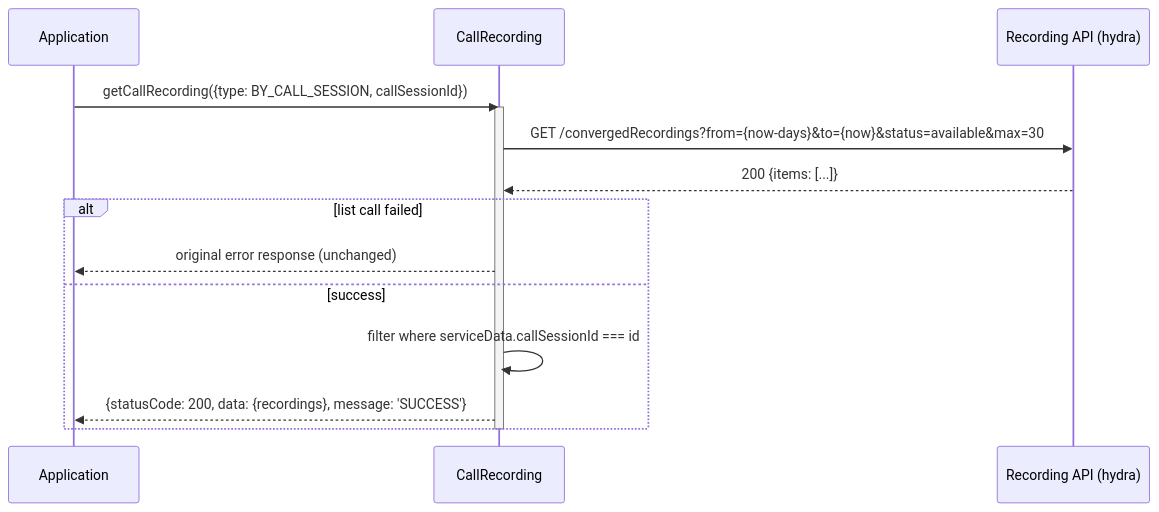
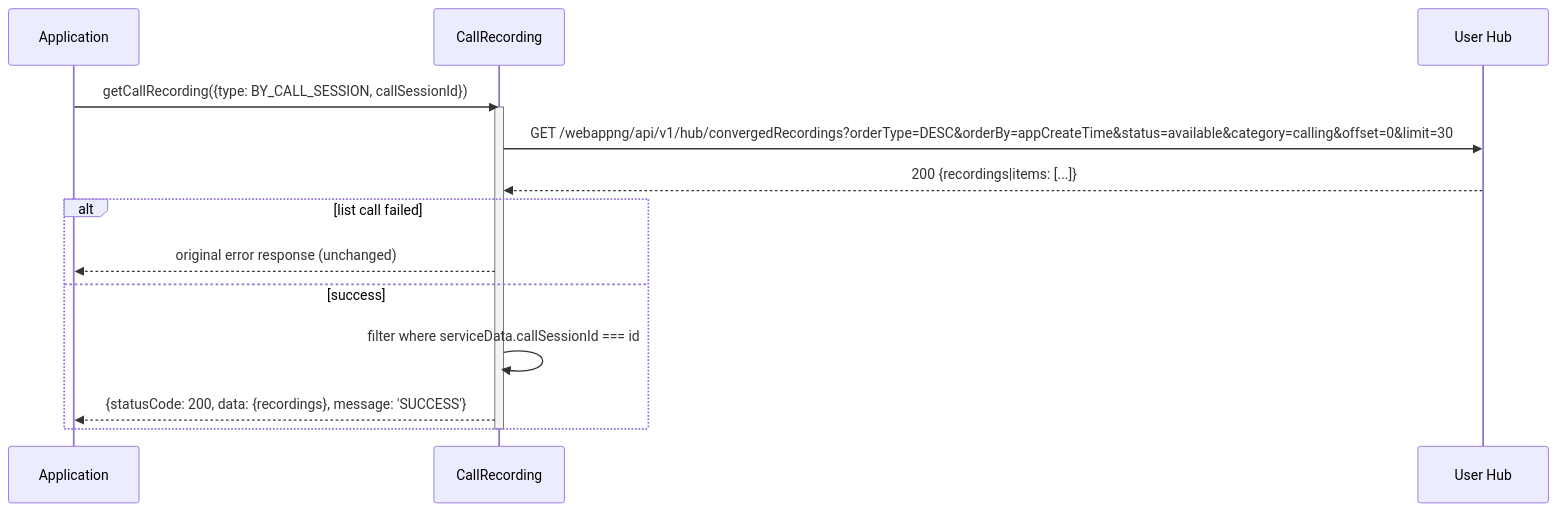
Before and after one commit to webex/webex-js-sdk: the fifth of 7 diagrams in packages/calling/src/CallRecording/ai-docs/call-recording-spec.md, drawn with Mermaid. The commit also changed other lines of this file and 15 other files, not shown here.

Commit message:
feat(calling): read call recordings from User Hub (#5317)

````diff
--- a/packages/calling/src/CallRecording/ai-docs/call-recording-spec.md
+++ b/packages/calling/src/CallRecording/ai-docs/call-recording-spec.md
@@ -514,18 +511,18 @@
 ```mermaid
 sequenceDiagram
     participant App as Application
     participant CR as CallRecording
-    participant WxApp as Recording API (hydra)
+    participant WxApp as User Hub
 
     App->>CR: getCallRecording({type: BY_CALL_SESSION, callSessionId})
     activate CR
-    CR->>WxApp: GET /convergedRecordings?from={now-days}&to={now}&status=available&max=30
-    WxApp-->>CR: 200 {items: [...]}
+    CR->>WxApp: GET /webappng/api/v1/hub/convergedRecordings?orderType=DESC&orderBy=appCreateTime&status=available&category=calling&offset=0&limit=30
+    WxApp-->>CR: 200 {recordings|items: [...]}
     alt list call failed
         CR-->>App: original error response (unchanged)
     else success
         CR->>CR: filter where serviceData.callSessionId === id
         CR-->>App: {statusCode: 200, data: {recordings}, message: 'SUCCESS'}
     end
     deactivate CR
 ```
````
